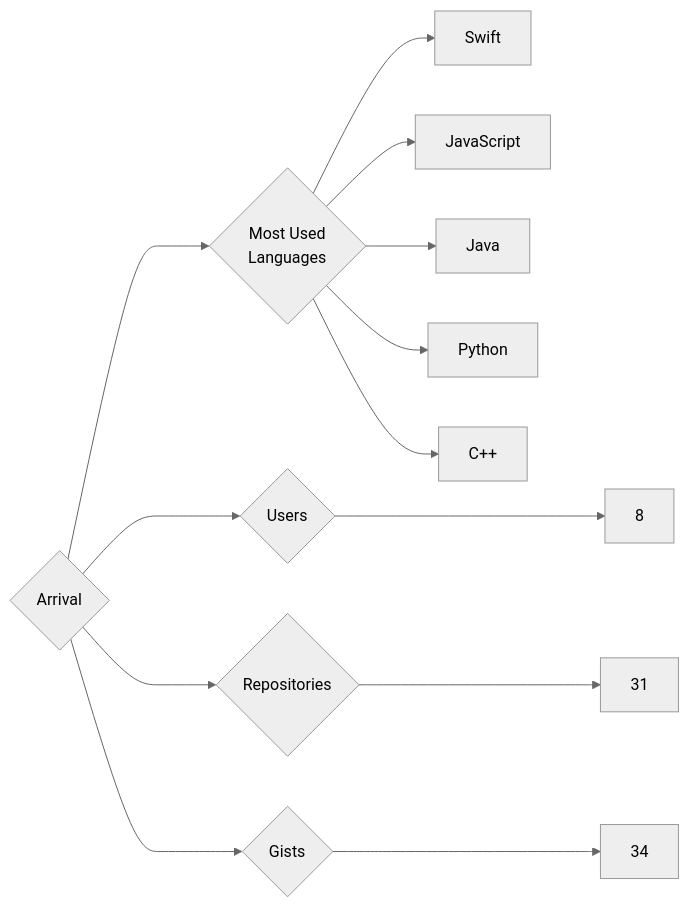
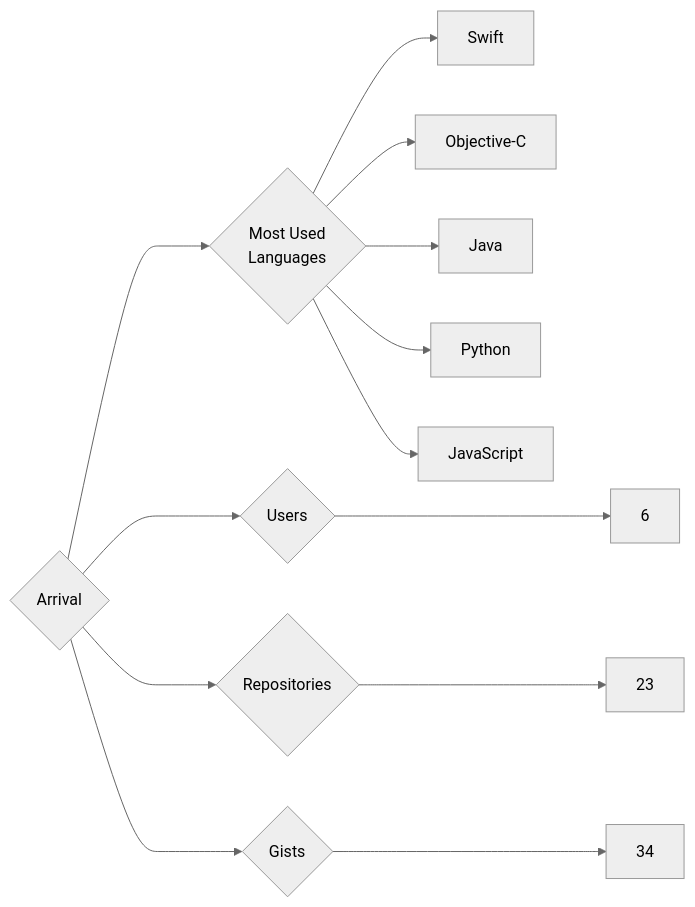
One commit to trickest/insiders changed the diagram in targets/Arrival/README.md. Above: the diagram before and after it, drawn with Mermaid (neutral theme). The commit also changed 933 other files, not shown here.

````diff
--- a/targets/Arrival/README.md
+++ b/targets/Arrival/README.md
@@ -3,13 +3,13 @@
 ```mermaid
 graph LR
 COMPANY_NAME{Arrival}
-COMPANY_NAME ---> U{Users} ---> UN[8]
-COMPANY_NAME ---> R{Repositories} ---> RN[31]
+COMPANY_NAME ---> U{Users} ---> UN[6]
+COMPANY_NAME ---> R{Repositories} ---> RN[23]
 COMPANY_NAME ---> G{Gists} ---> GN[34]
 COMPANY_NAME ---> ML{Most Used<br>Languages}
 ML --> Swift[Swift]
-ML --> JavaScript[JavaScript]
+ML --> Objective-C[Objective-C]
 ML --> Java[Java]
 ML --> Python[Python]
-ML --> C++[C++]
+ML --> JavaScript[JavaScript]
 ```
````
